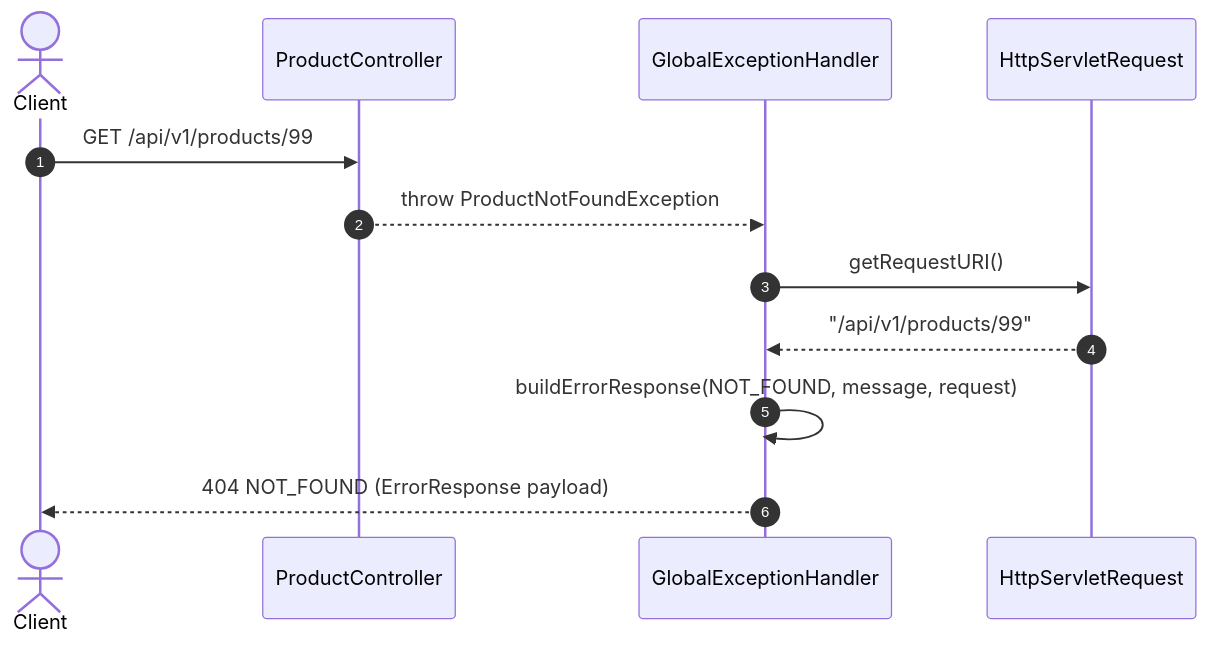
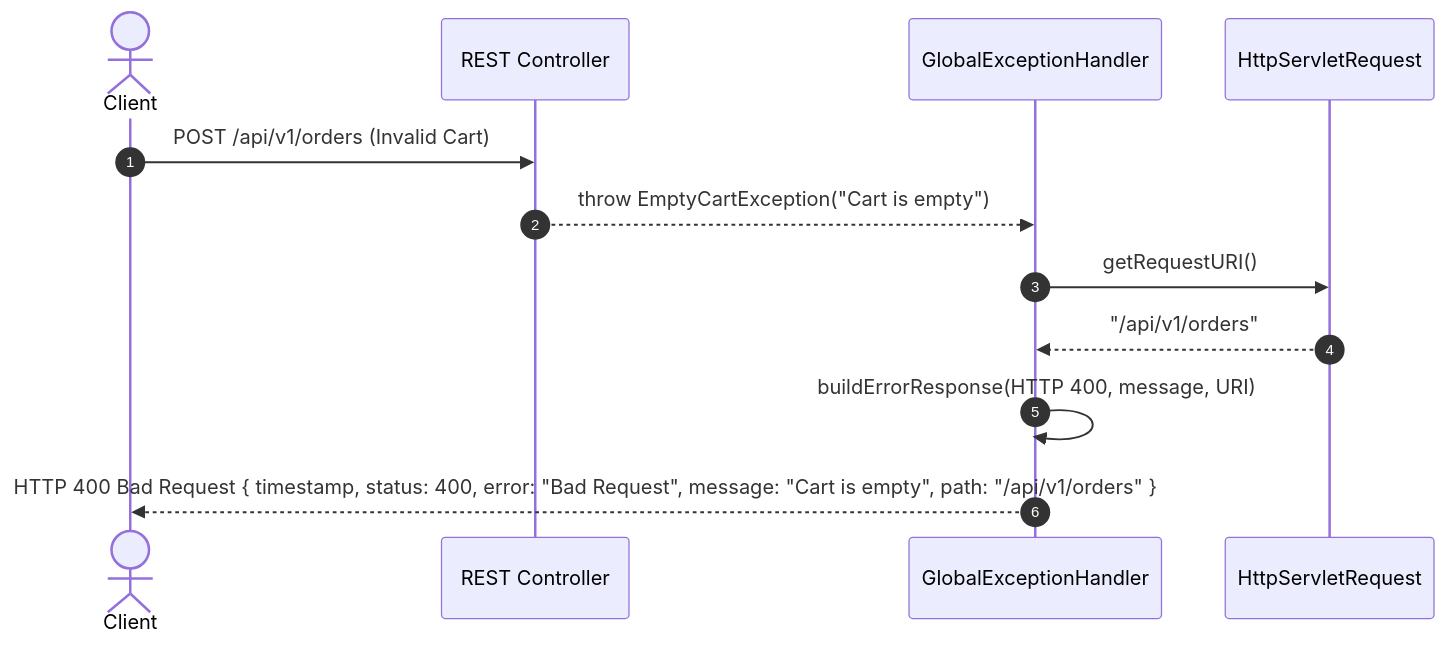
One commit to Amitgupta0001/amazon-scale-backend changed the second of 3 diagrams in docs/Common.md. Above: the diagram before and after it, drawn with Mermaid. The commit also changed other lines of this file and 26 other files, not shown here.

Commit message:
docs: document project architecture, API, security, database, and modules

````diff
--- a/docs/Common.md
+++ b/docs/Common.md
@@ -205,15 +156,15 @@
 ```mermaid
 sequenceDiagram
     autonumber
     actor Client
-    participant Controller as ProductController
-    participant Handler as GlobalExceptionHandler
+    participant Ctrl as REST Controller
+    participant Advice as GlobalExceptionHandler
     participant Req as HttpServletRequest
 
-    Client->>Controller: GET /api/v1/products/99
-    Controller-->>Handler: throw ProductNotFoundException
-    Handler->>Req: getRequestURI()
-    Req-->>Handler: "/api/v1/products/99"
-    Handler->>Handler: buildErrorResponse(NOT_FOUND, message, request)
-    Handler-->>Client: 404 NOT_FOUND (ErrorResponse payload)
+    Client->>Ctrl: POST /api/v1/orders (Invalid Cart)
+    Ctrl-->>Advice: throw EmptyCartException("Cart is empty")
+    Advice->>Req: getRequestURI()
+    Req-->>Advice: "/api/v1/orders"
+    Advice->>Advice: buildErrorResponse(HTTP 400, message, URI)
+    Advice-->>Client: HTTP 400 Bad Request { timestamp, status: 400, error: "Bad Request", message: "Cart is empty", path: "/api/v1/orders" }
 ```
````
